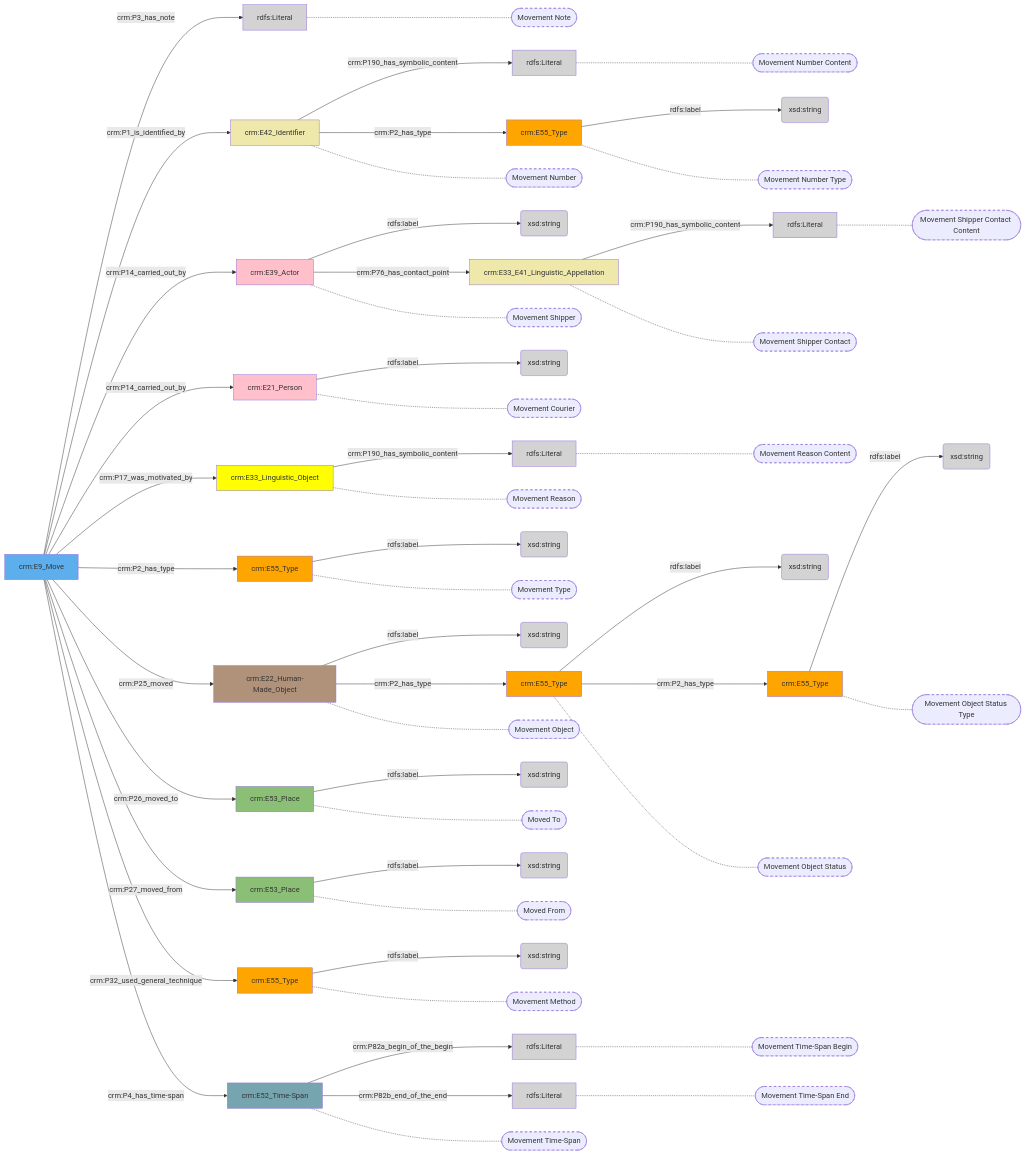
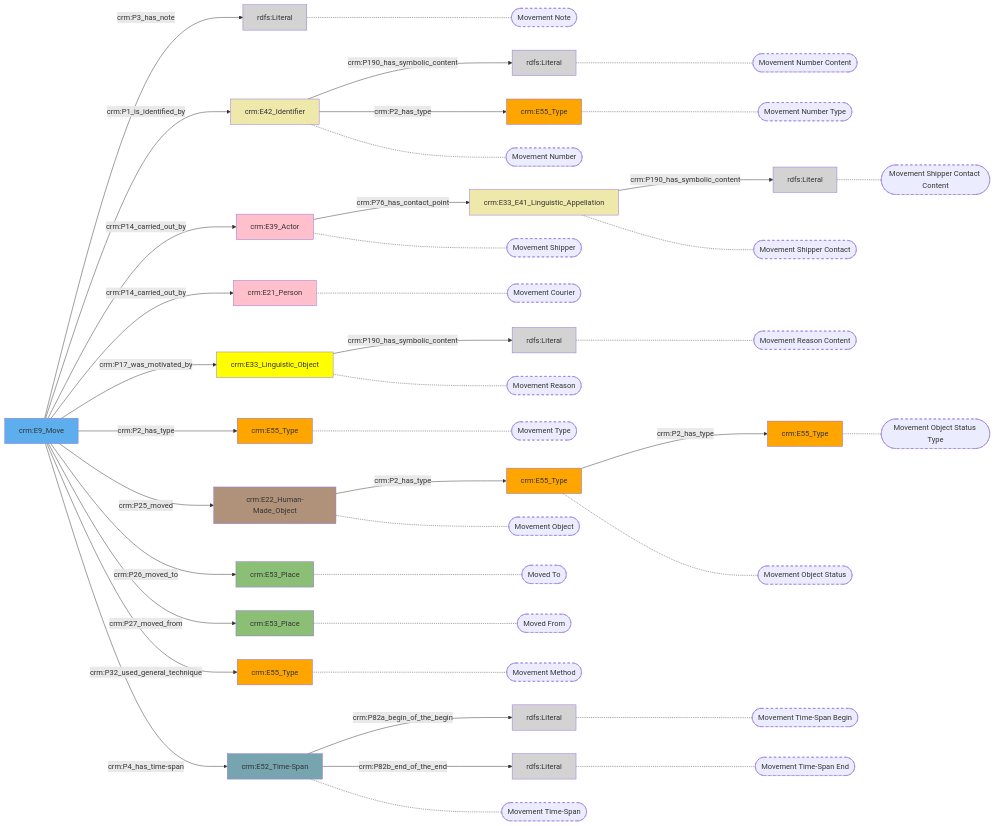
The diagram in docs/content/modellen/Movement.md (digipolisantwerpdocumentation/antwerp-cultureel-erfgoed), drawn with Mermaid before and after one commit. The commit also changed 170 other files, not shown here.

````diff
--- a/docs/content/modellen/Movement.md
+++ b/docs/content/modellen/Movement.md
@@ -1,21 +1,32 @@
 ```mermaid
 graph LR
-0492bc97-df8b-11ee-ac5e-960002548b4f["crm:E55_Type"]-->|"rdfs:label"|4784f797-df8b-11ee-a582-960002548b4f(xsd:string)
-07fae66c-df8e-11ee-abef-960002548b4f["crm:E22_Human-Made_Object"]-->|"rdfs:label"|791c34c2-df8e-11ee-b90d-960002548b4f(xsd:string)
+style 0492bc97-df8b-11ee-ac5e-960002548b4f fill:#ffa500
+style 05a5a5ec-df8c-11ee-9f73-960002548b4f fill:#D3D3D3
+style 07fae66c-df8e-11ee-abef-960002548b4f fill:#B0927A
+style 12c3f992-df90-11ee-938d-960002548b4f fill:#76A5AF
+style 13479975-df8d-11ee-8fce-960002548b4f fill:#ffc0cb
+style 5d94063c-df8b-11ee-b9bf-960002548b4f fill:#ffff00
+style 65a45816-df8e-11ee-a924-960002548b4f fill:#D3D3D3
+style 6f6fbd23-df90-11ee-ba62-960002548b4f fill:#D3D3D3
+style 78217701-df8d-11ee-b91d-960002548b4f fill:#ffc0cb
+style 7c123008-df91-11ee-acb5-960002548b4f fill:#ffa500
+style 7cfe073d-df90-11ee-9e39-960002548b4f fill:#D3D3D3
+style 81f7e559-df8a-11ee-ab4e-960002548b4f fill:#5DAEEC
+style 90330924-df91-11ee-879a-960002548b4f fill:#ffa500
+style a1816db6-df8e-11ee-a1bd-960002548b4f fill:#8CBF76
+style afc75bdc-df8a-11ee-9ce2-960002548b4f fill:#EEE8AA
+style c20a74b3-df8d-11ee-b48a-960002548b4f fill:#EEE8AA
+style c3d55356-df8a-11ee-b5e0-960002548b4f fill:#D3D3D3
+style d2e593ea-df8e-11ee-ab47-960002548b4f fill:#8CBF76
+style d7e756ce-df8a-11ee-b2f4-960002548b4f fill:#ffa500
+style d90ece0e-df90-11ee-8859-960002548b4f fill:#ffa500
+style dc9c2b0f-df8d-11ee-8ba5-960002548b4f fill:#D3D3D3
 12c3f992-df90-11ee-938d-960002548b4f["crm:E52_Time-Span"]-->|"crm:P82a_begin_of_the_begin"|6f6fbd23-df90-11ee-ba62-960002548b4f(rdfs:Literal)
 12c3f992-df90-11ee-938d-960002548b4f["crm:E52_Time-Span"]-->|"crm:P82b_end_of_the_end"|7cfe073d-df90-11ee-9e39-960002548b4f(rdfs:Literal)
-13479975-df8d-11ee-8fce-960002548b4f["crm:E39_Actor"]-->|"rdfs:label"|659b2c8d-df8d-11ee-bbc9-960002548b4f(xsd:string)
 5d94063c-df8b-11ee-b9bf-960002548b4f["crm:E33_Linguistic_Object"]-->|"crm:P190_has_symbolic_content"|05a5a5ec-df8c-11ee-9f73-960002548b4f(rdfs:Literal)
-78217701-df8d-11ee-b91d-960002548b4f["crm:E21_Person"]-->|"rdfs:label"|e91e4126-df8f-11ee-b1b5-960002548b4f(xsd:string)
-7c123008-df91-11ee-acb5-960002548b4f["crm:E55_Type"]-->|"rdfs:label"|a1937020-df91-11ee-84f3-960002548b4f(xsd:string)
 81f7e559-df8a-11ee-ab4e-960002548b4f["crm:E9_Move"]-->|"crm:P3_has_note"|65a45816-df8e-11ee-a924-960002548b4f(rdfs:Literal)
-90330924-df91-11ee-879a-960002548b4f["crm:E55_Type"]-->|"rdfs:label"|b0a980cb-df91-11ee-80e7-960002548b4f(xsd:string)
-a1816db6-df8e-11ee-a1bd-960002548b4f["crm:E53_Place"]-->|"rdfs:label"|bec25650-df8e-11ee-9c52-960002548b4f(xsd:string)
 afc75bdc-df8a-11ee-9ce2-960002548b4f["crm:E42_Identifier"]-->|"crm:P190_has_symbolic_content"|c3d55356-df8a-11ee-b5e0-960002548b4f(rdfs:Literal)
 c20a74b3-df8d-11ee-b48a-960002548b4f["crm:E33_E41_Linguistic_Appellation"]-->|"crm:P190_has_symbolic_content"|dc9c2b0f-df8d-11ee-8ba5-960002548b4f(rdfs:Literal)
-d2e593ea-df8e-11ee-ab47-960002548b4f["crm:E53_Place"]-->|"rdfs:label"|f0c1d78e-df8e-11ee-9f77-960002548b4f(xsd:string)
-d7e756ce-df8a-11ee-b2f4-960002548b4f["crm:E55_Type"]-->|"rdfs:label"|e8617a97-df8a-11ee-952d-960002548b4f(xsd:string)
-d90ece0e-df90-11ee-8859-960002548b4f["crm:E55_Type"]-->|"rdfs:label"|ee597770-df90-11ee-9de5-960002548b4f(xsd:string)
 07fae66c-df8e-11ee-abef-960002548b4f["crm:E22_Human-Made_Object"]-->|"crm:P2_has_type"|7c123008-df91-11ee-acb5-960002548b4f["crm:E55_Type"]
 13479975-df8d-11ee-8fce-960002548b4f["crm:E39_Actor"]-->|"crm:P76_has_contact_point"|c20a74b3-df8d-11ee-b48a-960002548b4f["crm:E33_E41_Linguistic_Appellation"]
 7c123008-df91-11ee-acb5-960002548b4f["crm:E55_Type"]-->|"crm:P2_has_type"|90330924-df91-11ee-879a-960002548b4f["crm:E55_Type"]
@@ -30,6 +41,26 @@
 81f7e559-df8a-11ee-ab4e-960002548b4f["crm:E9_Move"]-->|"crm:P32_used_general_technique"|0492bc97-df8b-11ee-ac5e-960002548b4f["crm:E55_Type"]
 81f7e559-df8a-11ee-ab4e-960002548b4f["crm:E9_Move"]-->|"crm:P4_has_time-span"|12c3f992-df90-11ee-938d-960002548b4f["crm:E52_Time-Span"]
 afc75bdc-df8a-11ee-9ce2-960002548b4f["crm:E42_Identifier"]-->|"crm:P2_has_type"|d7e756ce-df8a-11ee-b2f4-960002548b4f["crm:E55_Type"]
+7c123008-df91-11ee-acb5-960002548b4f["crm:E55_Type"]-.-7c123008-df91-11ee-acb5-960002548b4f_s(["Movement Object Status"])
+6f6fbd23-df90-11ee-ba62-960002548b4f["rdfs:Literal"]-.-6f6fbd23-df90-11ee-ba62-960002548b4f_s(["Movement Time-Span Begin"])
+7cfe073d-df90-11ee-9e39-960002548b4f["rdfs:Literal"]-.-7cfe073d-df90-11ee-9e39-960002548b4f_s(["Movement Time-Span End"])
+c20a74b3-df8d-11ee-b48a-960002548b4f["crm:E33_E41_Linguistic_Appellation"]-.-c20a74b3-df8d-11ee-b48a-960002548b4f_s(["Movement Shipper Contact"])
+05a5a5ec-df8c-11ee-9f73-960002548b4f["rdfs:Literal"]-.-05a5a5ec-df8c-11ee-9f73-960002548b4f_s(["Movement Reason Content"])
+90330924-df91-11ee-879a-960002548b4f["crm:E55_Type"]-.-90330924-df91-11ee-879a-960002548b4f_s(["Movement Object Status Type"])
+afc75bdc-df8a-11ee-9ce2-960002548b4f["crm:E42_Identifier"]-.-afc75bdc-df8a-11ee-9ce2-960002548b4f_s(["Movement Number"])
+13479975-df8d-11ee-8fce-960002548b4f["crm:E39_Actor"]-.-13479975-df8d-11ee-8fce-960002548b4f_s(["Movement Shipper"])
+78217701-df8d-11ee-b91d-960002548b4f["crm:E21_Person"]-.-78217701-df8d-11ee-b91d-960002548b4f_s(["Movement Courier"])
+5d94063c-df8b-11ee-b9bf-960002548b4f["crm:E33_Linguistic_Object"]-.-5d94063c-df8b-11ee-b9bf-960002548b4f_s(["Movement Reason"])
+d90ece0e-df90-11ee-8859-960002548b4f["crm:E55_Type"]-.-d90ece0e-df90-11ee-8859-960002548b4f_s(["Movement Type"])
+07fae66c-df8e-11ee-abef-960002548b4f["crm:E22_Human-Made_Object"]-.-07fae66c-df8e-11ee-abef-960002548b4f_s(["Movement Object"])
+d2e593ea-df8e-11ee-ab47-960002548b4f["crm:E53_Place"]-.-d2e593ea-df8e-11ee-ab47-960002548b4f_s(["Moved To"])
+a1816db6-df8e-11ee-a1bd-960002548b4f["crm:E53_Place"]-.-a1816db6-df8e-11ee-a1bd-960002548b4f_s(["Moved From"])
+65a45816-df8e-11ee-a924-960002548b4f["rdfs:Literal"]-.-65a45816-df8e-11ee-a924-960002548b4f_s(["Movement Note"])
+0492bc97-df8b-11ee-ac5e-960002548b4f["crm:E55_Type"]-.-0492bc97-df8b-11ee-ac5e-960002548b4f_s(["Movement Method"])
+12c3f992-df90-11ee-938d-960002548b4f["crm:E52_Time-Span"]-.-12c3f992-df90-11ee-938d-960002548b4f_s(["Movement Time-Span"])
+c3d55356-df8a-11ee-b5e0-960002548b4f["rdfs:Literal"]-.-c3d55356-df8a-11ee-b5e0-960002548b4f_s(["Movement Number Content"])
+d7e756ce-df8a-11ee-b2f4-960002548b4f["crm:E55_Type"]-.-d7e756ce-df8a-11ee-b2f4-960002548b4f_s(["Movement Number Type"])
+dc9c2b0f-df8d-11ee-8ba5-960002548b4f["rdfs:Literal"]-.-dc9c2b0f-df8d-11ee-8ba5-960002548b4f_s(["Movement Shipper Contact Content"])
 style 7c123008-df91-11ee-acb5-960002548b4f_s stroke-dasharray: 5
 style 6f6fbd23-df90-11ee-ba62-960002548b4f_s stroke-dasharray: 5
 style 7cfe073d-df90-11ee-9e39-960002548b4f_s stroke-dasharray: 5
@@ -50,55 +81,4 @@
 style c3d55356-df8a-11ee-b5e0-960002548b4f_s stroke-dasharray: 5
 style d7e756ce-df8a-11ee-b2f4-960002548b4f_s stroke-dasharray: 5
 style dc9c2b0f-df8d-11ee-8ba5-960002548b4f_s stroke-dasharray: 5
-7c123008-df91-11ee-acb5-960002548b4f["crm:E55_Type"]-.-7c123008-df91-11ee-acb5-960002548b4f_s(["Movement Object Status"])
-6f6fbd23-df90-11ee-ba62-960002548b4f["rdfs:Literal"]-.-6f6fbd23-df90-11ee-ba62-960002548b4f_s(["Movement Time-Span Begin"])
-7cfe073d-df90-11ee-9e39-960002548b4f["rdfs:Literal"]-.-7cfe073d-df90-11ee-9e39-960002548b4f_s(["Movement Time-Span End"])
-c20a74b3-df8d-11ee-b48a-960002548b4f["crm:E33_E41_Linguistic_Appellation"]-.-c20a74b3-df8d-11ee-b48a-960002548b4f_s(["Movement Shipper Contact"])
-05a5a5ec-df8c-11ee-9f73-960002548b4f["rdfs:Literal"]-.-05a5a5ec-df8c-11ee-9f73-960002548b4f_s(["Movement Reason Content"])
-90330924-df91-11ee-879a-960002548b4f["crm:E55_Type"]-.-90330924-df91-11ee-879a-960002548b4f_s(["Movement Object Status Type"])
-afc75bdc-df8a-11ee-9ce2-960002548b4f["crm:E42_Identifier"]-.-afc75bdc-df8a-11ee-9ce2-960002548b4f_s(["Movement Number"])
-13479975-df8d-11ee-8fce-960002548b4f["crm:E39_Actor"]-.-13479975-df8d-11ee-8fce-960002548b4f_s(["Movement Shipper"])
-78217701-df8d-11ee-b91d-960002548b4f["crm:E21_Person"]-.-78217701-df8d-11ee-b91d-960002548b4f_s(["Movement Courier"])
-5d94063c-df8b-11ee-b9bf-960002548b4f["crm:E33_Linguistic_Object"]-.-5d94063c-df8b-11ee-b9bf-960002548b4f_s(["Movement Reason"])
-d90ece0e-df90-11ee-8859-960002548b4f["crm:E55_Type"]-.-d90ece0e-df90-11ee-8859-960002548b4f_s(["Movement Type"])
-07fae66c-df8e-11ee-abef-960002548b4f["crm:E22_Human-Made_Object"]-.-07fae66c-df8e-11ee-abef-960002548b4f_s(["Movement Object"])
-d2e593ea-df8e-11ee-ab47-960002548b4f["crm:E53_Place"]-.-d2e593ea-df8e-11ee-ab47-960002548b4f_s(["Moved To"])
-a1816db6-df8e-11ee-a1bd-960002548b4f["crm:E53_Place"]-.-a1816db6-df8e-11ee-a1bd-960002548b4f_s(["Moved From"])
-65a45816-df8e-11ee-a924-960002548b4f["rdfs:Literal"]-.-65a45816-df8e-11ee-a924-960002548b4f_s(["Movement Note"])
-0492bc97-df8b-11ee-ac5e-960002548b4f["crm:E55_Type"]-.-0492bc97-df8b-11ee-ac5e-960002548b4f_s(["Movement Method"])
-12c3f992-df90-11ee-938d-960002548b4f["crm:E52_Time-Span"]-.-12c3f992-df90-11ee-938d-960002548b4f_s(["Movement Time-Span"])
-c3d55356-df8a-11ee-b5e0-960002548b4f["rdfs:Literal"]-.-c3d55356-df8a-11ee-b5e0-960002548b4f_s(["Movement Number Content"])
-d7e756ce-df8a-11ee-b2f4-960002548b4f["crm:E55_Type"]-.-d7e756ce-df8a-11ee-b2f4-960002548b4f_s(["Movement Number Type"])
-dc9c2b0f-df8d-11ee-8ba5-960002548b4f["rdfs:Literal"]-.-dc9c2b0f-df8d-11ee-8ba5-960002548b4f_s(["Movement Shipper Contact Content"])
-style 0492bc97-df8b-11ee-ac5e-960002548b4f fill:#ffa500
-style 05a5a5ec-df8c-11ee-9f73-960002548b4f fill:#D3D3D3
-style 07fae66c-df8e-11ee-abef-960002548b4f fill:#B0927A
-style 12c3f992-df90-11ee-938d-960002548b4f fill:#76A5AF
-style 13479975-df8d-11ee-8fce-960002548b4f fill:#ffc0cb
-style 4784f797-df8b-11ee-a582-960002548b4f fill:#D3D3D3
-style 5d94063c-df8b-11ee-b9bf-960002548b4f fill:#ffff00
-style 659b2c8d-df8d-11ee-bbc9-960002548b4f fill:#D3D3D3
-style 65a45816-df8e-11ee-a924-960002548b4f fill:#D3D3D3
-style 6f6fbd23-df90-11ee-ba62-960002548b4f fill:#D3D3D3
-style 78217701-df8d-11ee-b91d-960002548b4f fill:#ffc0cb
-style 791c34c2-df8e-11ee-b90d-960002548b4f fill:#D3D3D3
-style 7c123008-df91-11ee-acb5-960002548b4f fill:#ffa500
-style 7cfe073d-df90-11ee-9e39-960002548b4f fill:#D3D3D3
-style 81f7e559-df8a-11ee-ab4e-960002548b4f fill:#5DAEEC
-style 90330924-df91-11ee-879a-960002548b4f fill:#ffa500
-style a1816db6-df8e-11ee-a1bd-960002548b4f fill:#8CBF76
-style a1937020-df91-11ee-84f3-960002548b4f fill:#D3D3D3
-style afc75bdc-df8a-11ee-9ce2-960002548b4f fill:#EEE8AA
-style b0a980cb-df91-11ee-80e7-960002548b4f fill:#D3D3D3
-style bec25650-df8e-11ee-9c52-960002548b4f fill:#D3D3D3
-style c20a74b3-df8d-11ee-b48a-960002548b4f fill:#EEE8AA
-style c3d55356-df8a-11ee-b5e0-960002548b4f fill:#D3D3D3
-style d2e593ea-df8e-11ee-ab47-960002548b4f fill:#8CBF76
-style d7e756ce-df8a-11ee-b2f4-960002548b4f fill:#ffa500
-style d90ece0e-df90-11ee-8859-960002548b4f fill:#ffa500
-style dc9c2b0f-df8d-11ee-8ba5-960002548b4f fill:#D3D3D3
-style e8617a97-df8a-11ee-952d-960002548b4f fill:#D3D3D3
-style e91e4126-df8f-11ee-b1b5-960002548b4f fill:#D3D3D3
-style ee597770-df90-11ee-9de5-960002548b4f fill:#D3D3D3
-style f0c1d78e-df8e-11ee-9f77-960002548b4f fill:#D3D3D3
 ```
````
